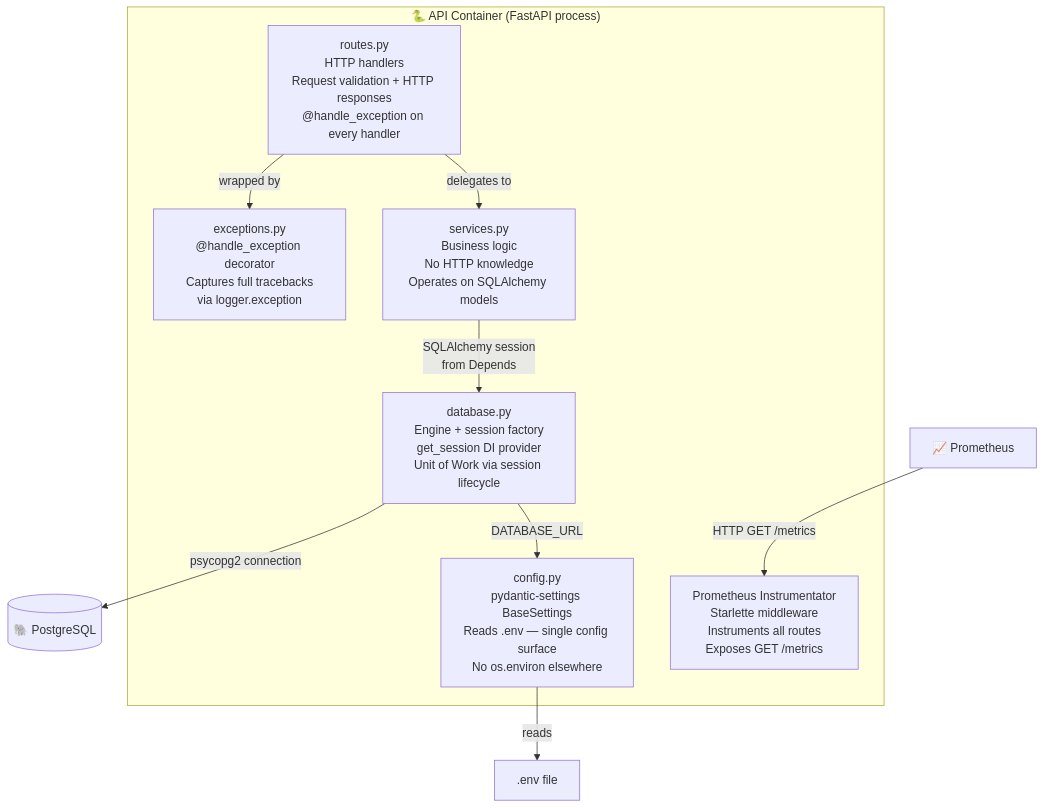
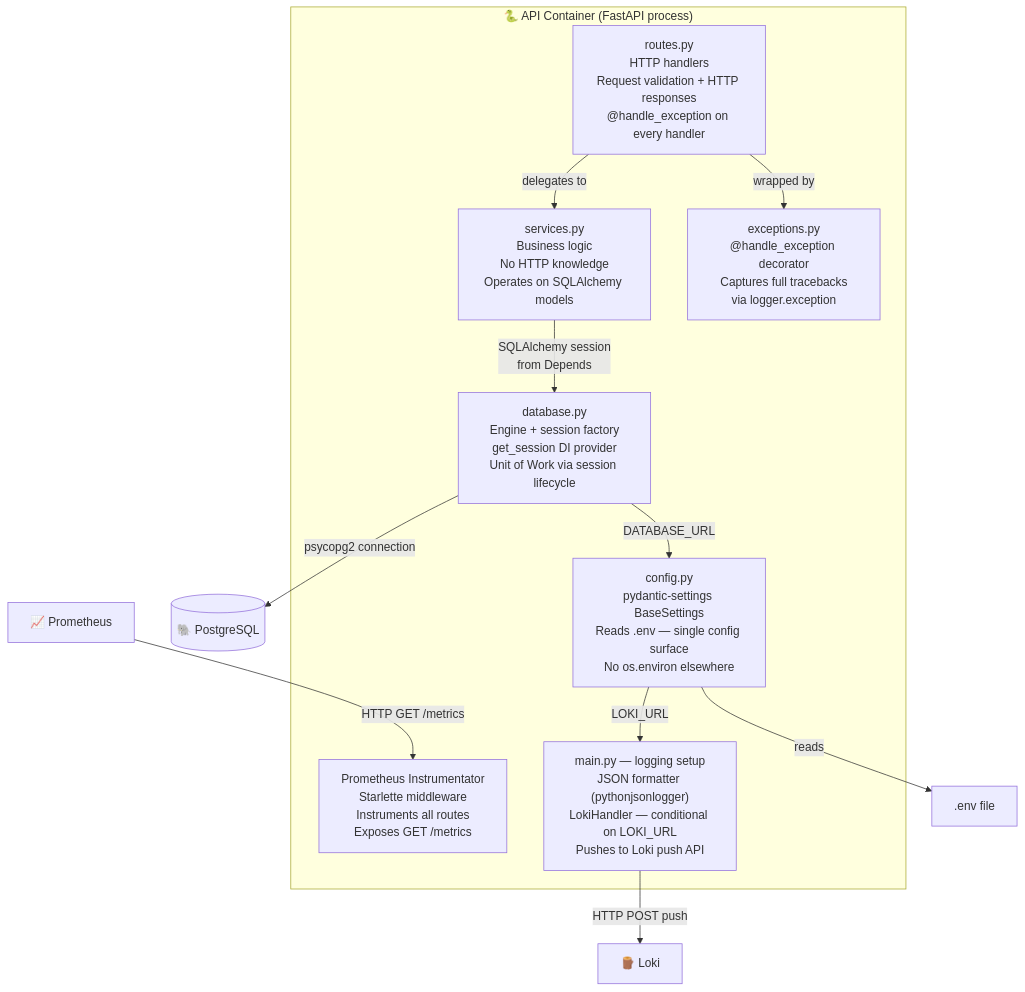
The third of 3 diagrams in docs/architecture.md (dafywinf/python-fastapi-poc), drawn with Mermaid before and after one commit. The commit also changed other lines of this file and 15 other files, not shown here.

First line of the commit message:
feat(observability): add Loki log aggregation with structured JSON logging

````diff
--- a/docs/architecture.md
+++ b/docs/architecture.md
@@ -109,23 +125,27 @@
 ```mermaid
 graph TD
     subgraph api["🐍 API Container (FastAPI process)"]
         routes["routes.py<br/>HTTP handlers<br/>Request validation + HTTP responses<br/>@handle_exception on every handler"]
         services["services.py<br/>Business logic<br/>No HTTP knowledge<br/>Operates on SQLAlchemy models"]
         database["database.py<br/>Engine + session factory<br/>get_session DI provider<br/>Unit of Work via session lifecycle"]
         config["config.py<br/>pydantic-settings BaseSettings<br/>Reads .env — single config surface<br/>No os.environ elsewhere"]
         exc["exceptions.py<br/>@handle_exception decorator<br/>Captures full tracebacks<br/>via logger.exception"]
         metrics["Prometheus Instrumentator<br/>Starlette middleware<br/>Instruments all routes<br/>Exposes GET /metrics"]
+        logging["main.py — logging setup<br/>JSON formatter (pythonjsonlogger)<br/>LokiHandler — conditional on LOKI_URL<br/>Pushes to Loki push API"]
     end
 
     postgres[("🐘 PostgreSQL")]
     prometheus["📈 Prometheus"]
+    loki["🪵 Loki"]
     dotenv[".env file"]
 
     routes -->|"delegates to"| services
     routes -->|"wrapped by"| exc
     services -->|"SQLAlchemy session<br/>from Depends"| database
     database -->|"DATABASE_URL"| config
     config -->|"reads"| dotenv
+    config -->|"LOKI_URL"| logging
     database -->|"psycopg2 connection"| postgres
     prometheus -->|"HTTP GET /metrics"| metrics
+    logging -->|"HTTP POST push"| loki
 ```
````
